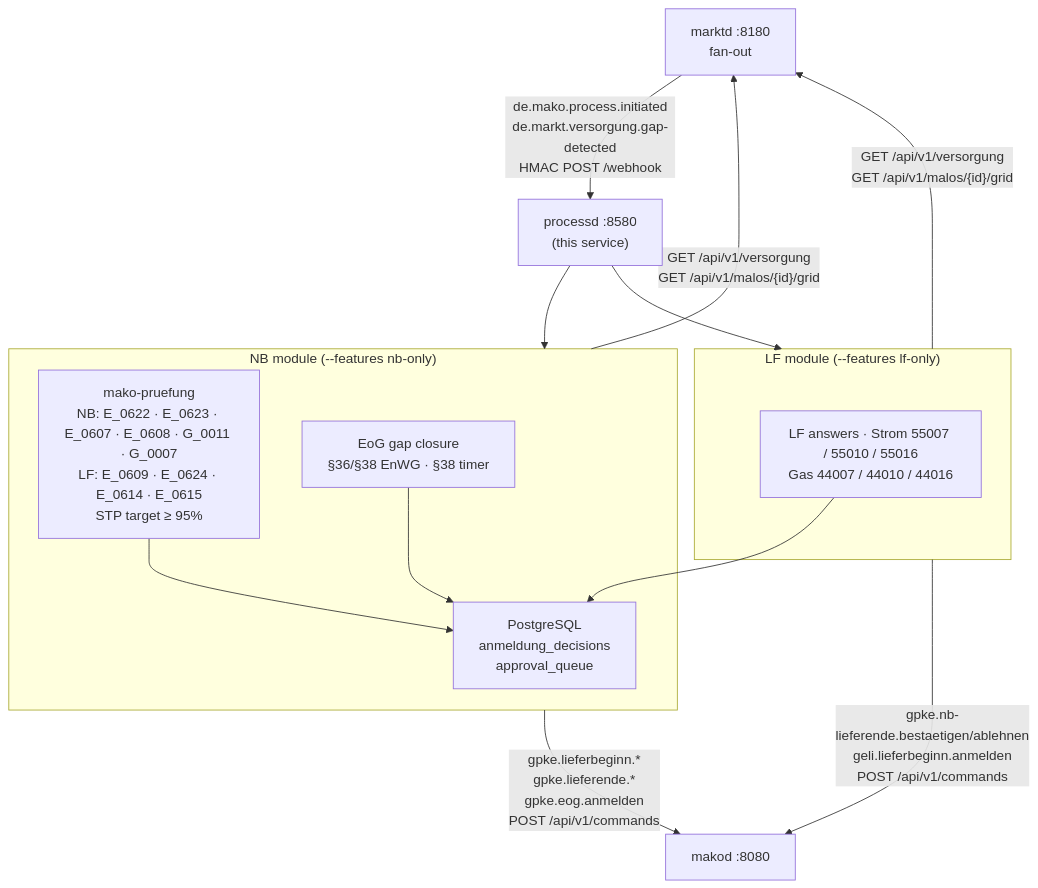
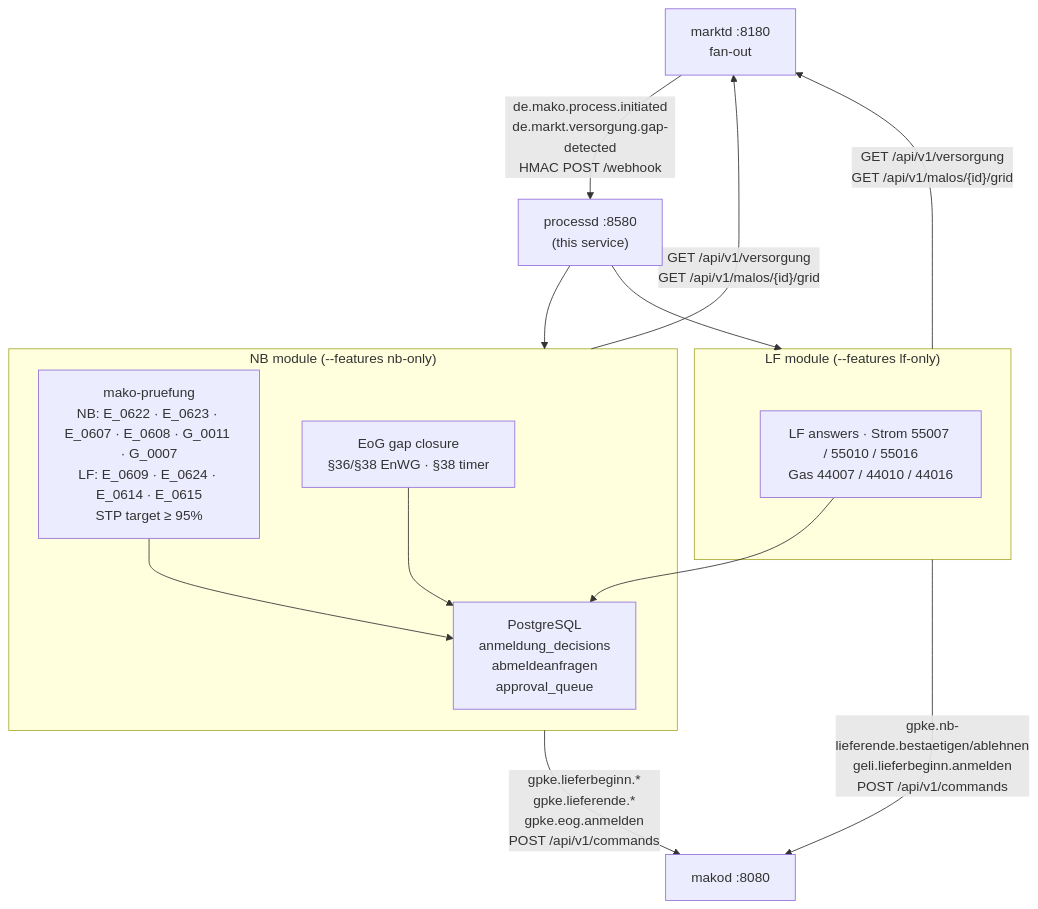
One commit to hupe1980/mako changed the first of 2 diagrams in site/content/docs/services/processd.md. Above: the diagram before and after it, drawn with Mermaid. The commit also changed other lines of this file and 403 other files, not shown here.

````diff
--- a/site/content/docs/services/processd.md
+++ b/site/content/docs/services/processd.md
@@ -13,27 +13,27 @@
 ```mermaid
 graph TB
     marktd["marktd :8180<br/>fan-out"]
     processd["processd :8580<br/>(this service)"]
     makod["makod :8080"]
-    pg["PostgreSQL<br/>anmeldung_decisions<br/>approval_queue"]
+    pg["PostgreSQL<br/>anmeldung_decisions<br/>abmeldeanfragen<br/>approval_queue"]
 
     marktd -->|"de.mako.process.initiated<br/>de.markt.versorgung.gap-detected<br/>HMAC POST /webhook"| processd
 
     subgraph NB ["NB module (--features nb-only)"]
         NC["mako-pruefung<br/>NB: E_0622 · E_0623 · E_0607 · E_0608 · G_0011 · G_0007<br/>LF: E_0609 · E_0624 · E_0614 · E_0615<br/>STP target ≥ 95%"]
         EOG["EoG gap closure<br/>§36/§38 EnWG · §38 timer"]
         NC --> pg
         EOG --> pg
     end
 
     subgraph LF ["LF module (--features lf-only)"]
         LFA["LF answers · Strom 55007 / 55010 / 55016<br/>Gas 44007 / 44010 / 44016"]
         LFA --> pg
     end
 
     processd --> NB
     processd --> LF
     NB -->|"gpke.lieferbeginn.*<br/>gpke.lieferende.*<br/>gpke.eog.anmelden<br/>POST /api/v1/commands"| makod
     LF -->|"gpke.nb-lieferende.bestaetigen/ablehnen<br/>geli.lieferbeginn.anmelden<br/>POST /api/v1/commands"| makod
     NB & LF -->|"GET /api/v1/versorgung<br/>GET /api/v1/malos/{id}/grid"| marktd
 ```
````
